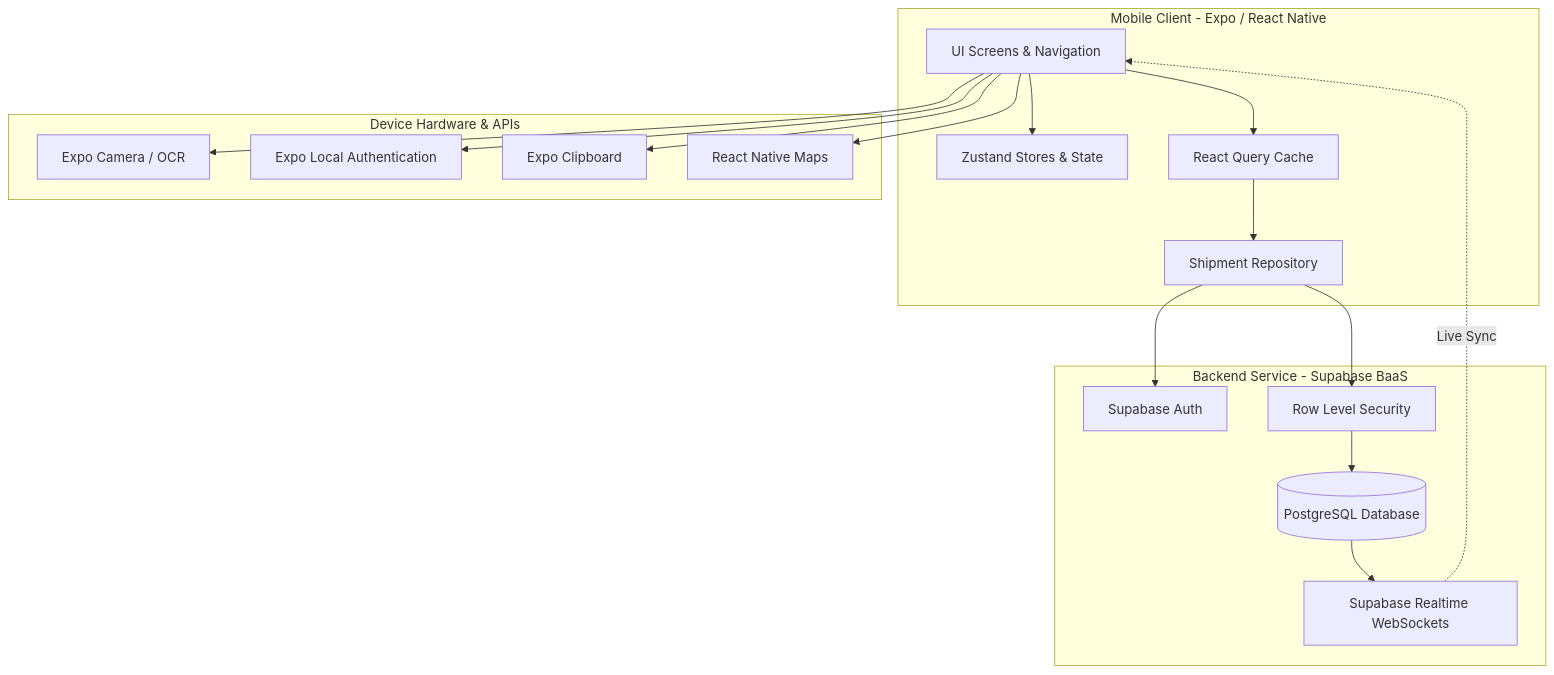
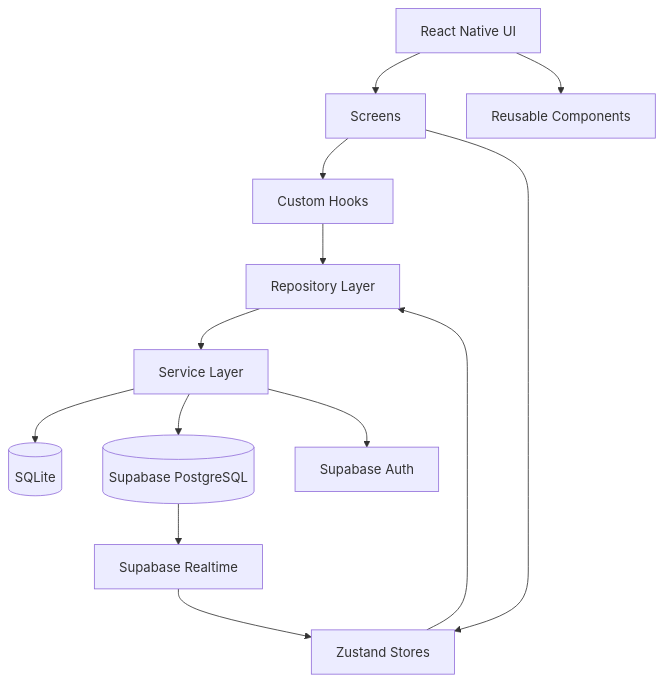
The diagram in README.md (omercnkc/cargo-tracker), drawn with Mermaid before and after one commit. The commit also changed other lines of this file, not shown here.

````diff
--- a/README.md
+++ b/README.md
@@ -142,37 +439,36 @@
 ```mermaid
 graph TD
-    subgraph Client [Mobile Client - Expo / React Native]
-        UI[UI Screens & Navigation]
-        Store[Zustand Stores & State]
-        RQ[React Query Cache]
-        Repo[Shipment Repository]
-    end
 
-    subgraph Hardware [Device Hardware & APIs]
-        Cam[Expo Camera / OCR]
-        Bio[Expo Local Authentication]
-        Clip[Expo Clipboard]
-        Map[React Native Maps]
-    end
+    UI[React Native UI]
 
-    subgraph Backend [Backend Service - Supabase BaaS]
-        Auth[Supabase Auth]
-        DB[(PostgreSQL Database)]
-        RLS[Row Level Security]
-        Realtime[Supabase Realtime WebSockets]
-    end
+    Screens[Screens]
+    Components[Reusable Components]
+    Hooks[Custom Hooks]
+    Store[Zustand Stores]
 
-    UI --> Store
-    UI --> RQ
-    RQ --> Repo
-    UI --> Cam
-    UI --> Bio
-    UI --> Clip
-    UI --> Map
+    Repository[Repository Layer]
+    Services[Service Layer]
 
-    Repo --> Auth
-    Repo --> RLS
-    RLS --> DB
-    DB --> Realtime
-    Realtime -. Live Sync .-> UI
+    SQLite[(SQLite)]
+    Supabase[(Supabase PostgreSQL)]
+    Auth[Supabase Auth]
+    Realtime[Supabase Realtime]
+
+    UI --> Screens
+    UI --> Components
+
+    Screens --> Hooks
+    Screens --> Store
+
+    Hooks --> Repository
+    Store --> Repository
+
+    Repository --> Services
+
+    Services --> SQLite
+    Services --> Supabase
+    Services --> Auth
+
+    Supabase --> Realtime
+    Realtime --> Store
 ```
````
